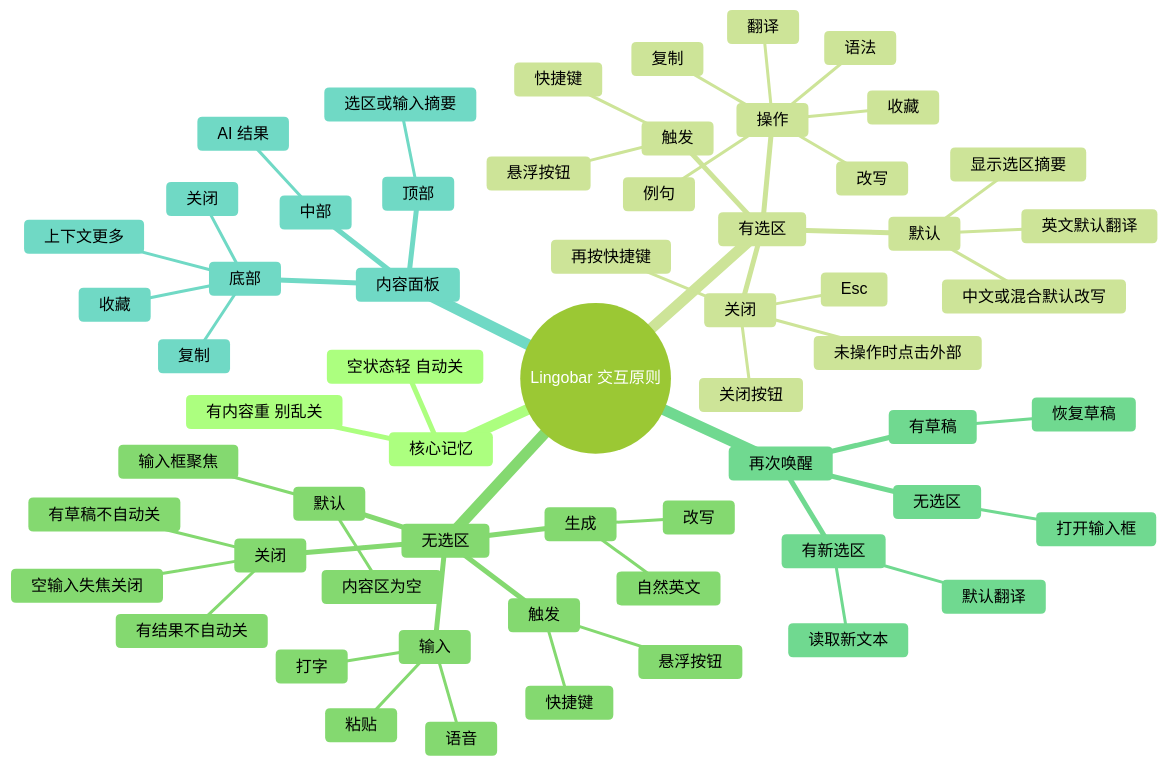
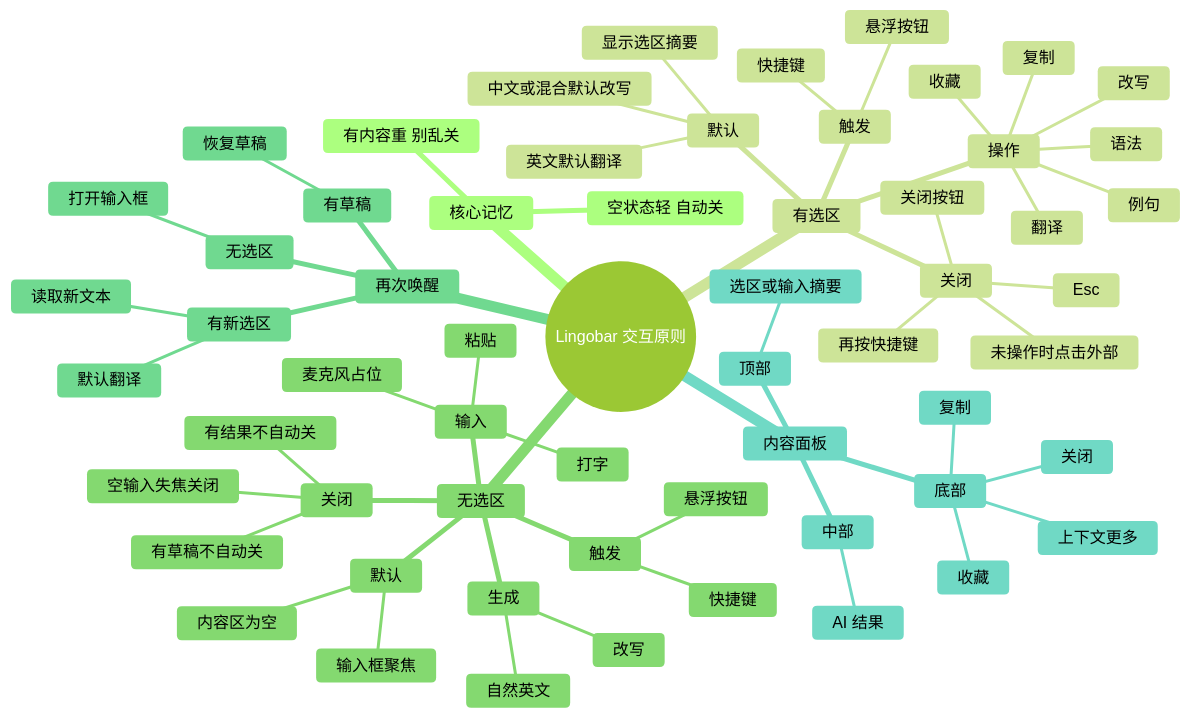
The first of 2 diagrams in docs/interaction-guide.md (esr2587758/lingopeek), drawn with Mermaid (forest theme) before and after one commit. The commit also changed other lines of this file and 60 other files, not shown here.

````diff
--- a/docs/interaction-guide.md
+++ b/docs/interaction-guide.md
@@ -205,63 +230,63 @@
 ```mermaid
 mindmap
   root((Lingobar 交互原则))
     核心记忆
       空状态轻 自动关
       有内容重 别乱关
     有选区
       触发
         快捷键
         悬浮按钮
       默认
         显示选区摘要
         英文默认翻译
         中文或混合默认改写
       操作
         翻译
         语法
         改写
         例句
         收藏
         复制
       关闭
         Esc
         再按快捷键
         关闭按钮
         未操作时点击外部
     无选区
       触发
         快捷键
         悬浮按钮
       默认
         输入框聚焦
         内容区为空
       输入
         打字
         粘贴
-        语音
+        麦克风占位
       生成
         改写
         自然英文
       关闭
         空输入失焦关闭
         有草稿不自动关
         有结果不自动关
     再次唤醒
       有新选区
         读取新文本
         默认翻译
       无选区
         打开输入框
       有草稿
         恢复草稿
     内容面板
       顶部
         选区或输入摘要
       中部
         AI 结果
       底部
         复制
         收藏
         上下文更多
         关闭
 ```
````
